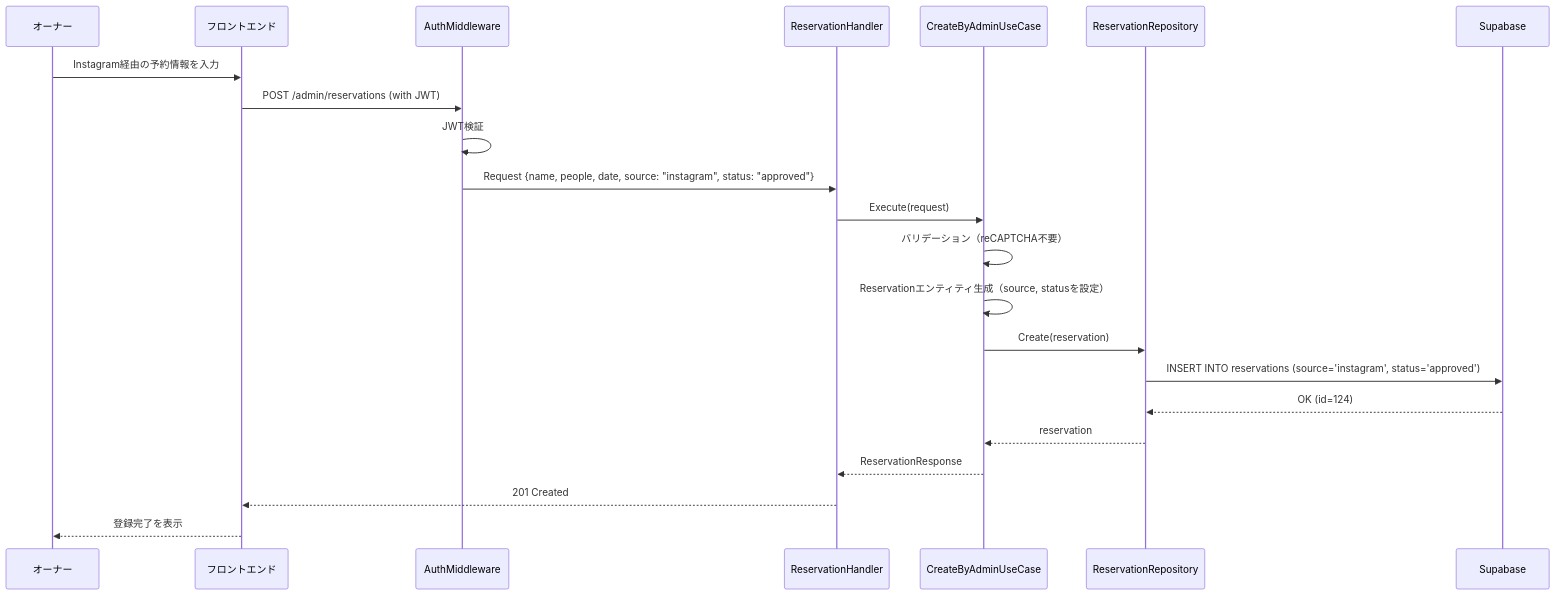
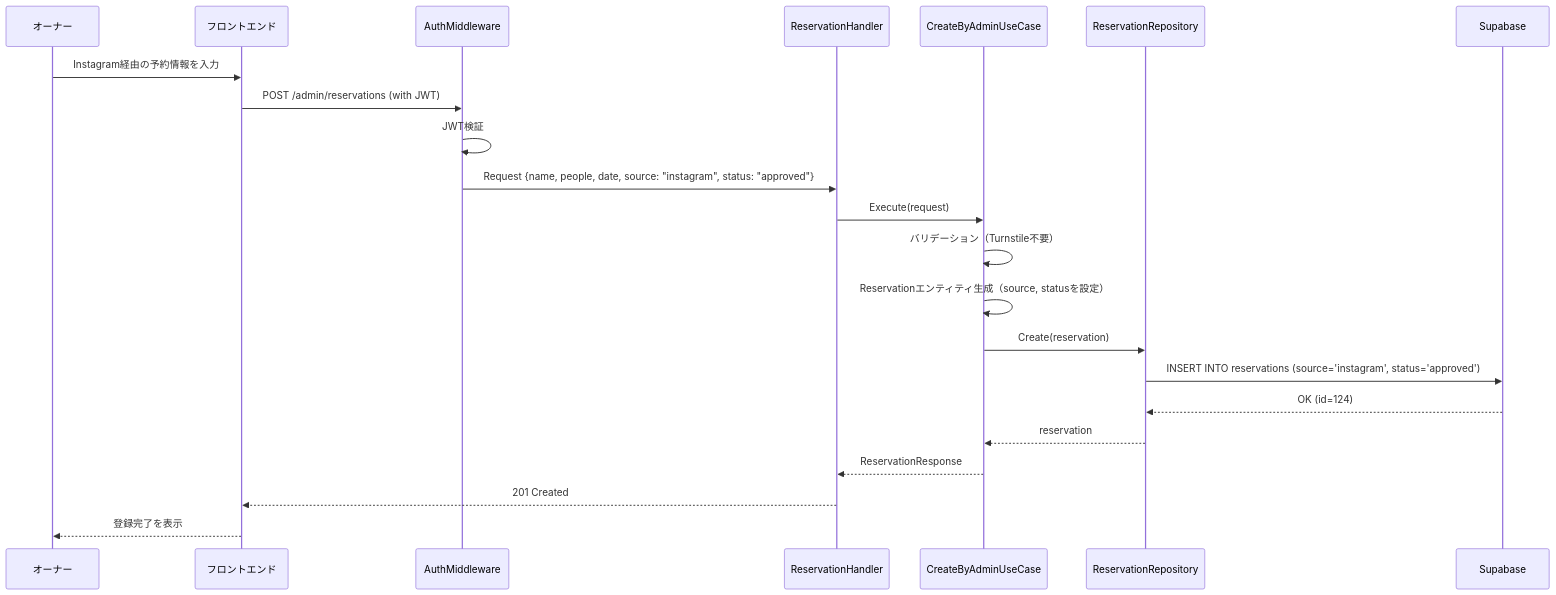
Diagram 13 of 15 in docs/sequence.md (cergijame101007/satehits), drawn with Mermaid before and after one commit. The commit also changed other lines of this file and 5 other files, not shown here.

````diff
--- a/docs/sequence.md
+++ b/docs/sequence.md
@@ -474,30 +530,30 @@
 ```mermaid
 sequenceDiagram
     participant Owner as オーナー
     participant Frontend as フロントエンド
     participant Middleware as AuthMiddleware
     participant Handler as ReservationHandler
     participant UseCase as CreateByAdminUseCase
     participant ReservationRepo as ReservationRepository
     participant DB as Supabase
 
     Owner->>Frontend: Instagram経由の予約情報を入力
     Frontend->>Middleware: POST /admin/reservations (with JWT)
     
     Middleware->>Middleware: JWT検証
     Middleware->>Handler: Request {name, people, date, source: "instagram", status: "approved"}
     
     Handler->>UseCase: Execute(request)
     
-    UseCase->>UseCase: バリデーション（reCAPTCHA不要）
+    UseCase->>UseCase: バリデーション（Turnstile不要）
     UseCase->>UseCase: Reservationエンティティ生成（source, statusを設定）
     
     UseCase->>ReservationRepo: Create(reservation)
     ReservationRepo->>DB: INSERT INTO reservations (source='instagram', status='approved')
     DB-->>ReservationRepo: OK (id=124)
     ReservationRepo-->>UseCase: reservation
     
     UseCase-->>Handler: ReservationResponse
     Handler-->>Frontend: 201 Created
     Frontend-->>Owner: 登録完了を表示
 ```
````
